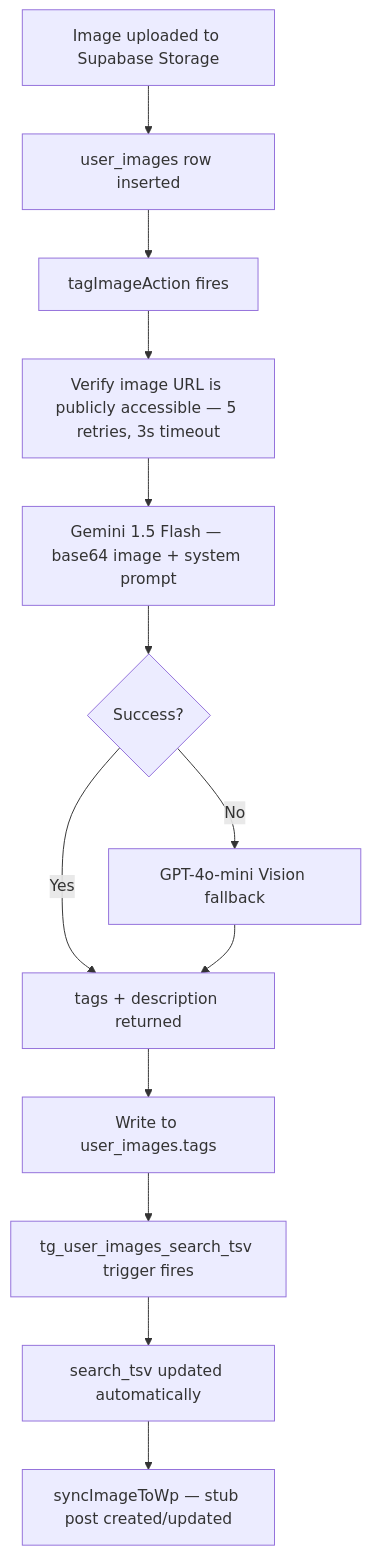
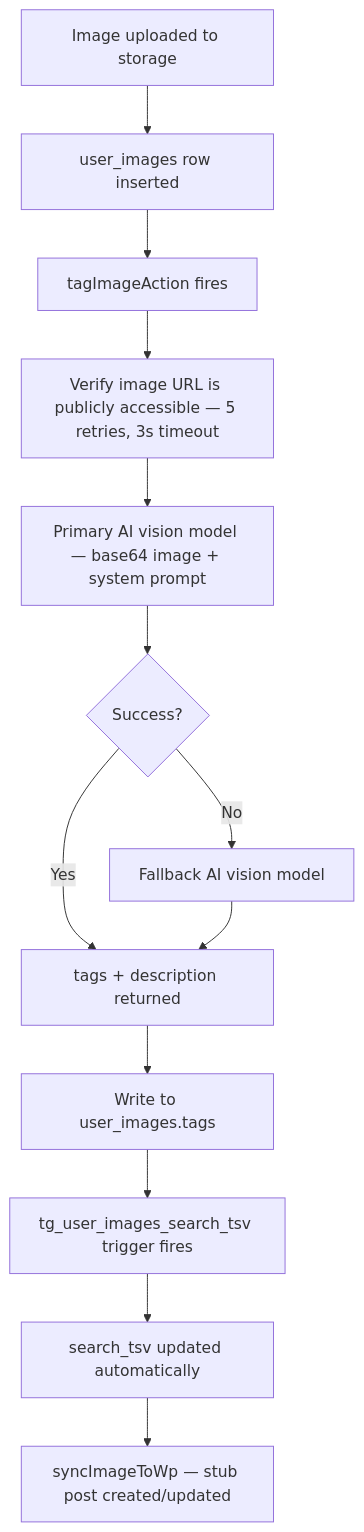
Before and after one commit to kenlyle2/documentationai-Docs: the diagram in admin/image-pipeline.mdx, drawn with Mermaid. The commit also changed other lines of this file and 17 other files, not shown here.

````diff
--- a/admin/image-pipeline.mdx
+++ b/admin/image-pipeline.mdx
@@ -8,15 +8,15 @@
 ```mermaid
 flowchart TD
-    A[Image uploaded to Supabase Storage] --> B[user_images row inserted]
+    A[Image uploaded to storage] --> B[user_images row inserted]
     B --> C[tagImageAction fires]
     C --> D[Verify image URL is publicly accessible — 5 retries, 3s timeout]
-    D --> E[Gemini 1.5 Flash — base64 image + system prompt]
+    D --> E[Primary AI vision model — base64 image + system prompt]
     E --> F{Success?}
     F -- Yes --> G[tags + description returned]
-    F -- No --> H[GPT-4o-mini Vision fallback]
+    F -- No --> H[Fallback AI vision model]
     H --> G
     G --> I[Write to user_images.tags]
     I --> J[tg_user_images_search_tsv trigger fires]
     J --> K[search_tsv updated automatically]
     K --> L[syncImageToWp — stub post created/updated]
 ```
````
